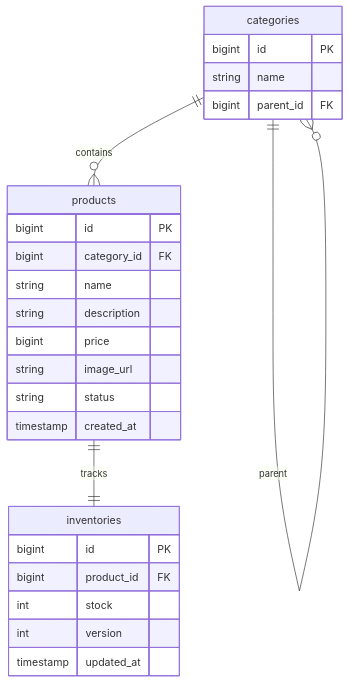
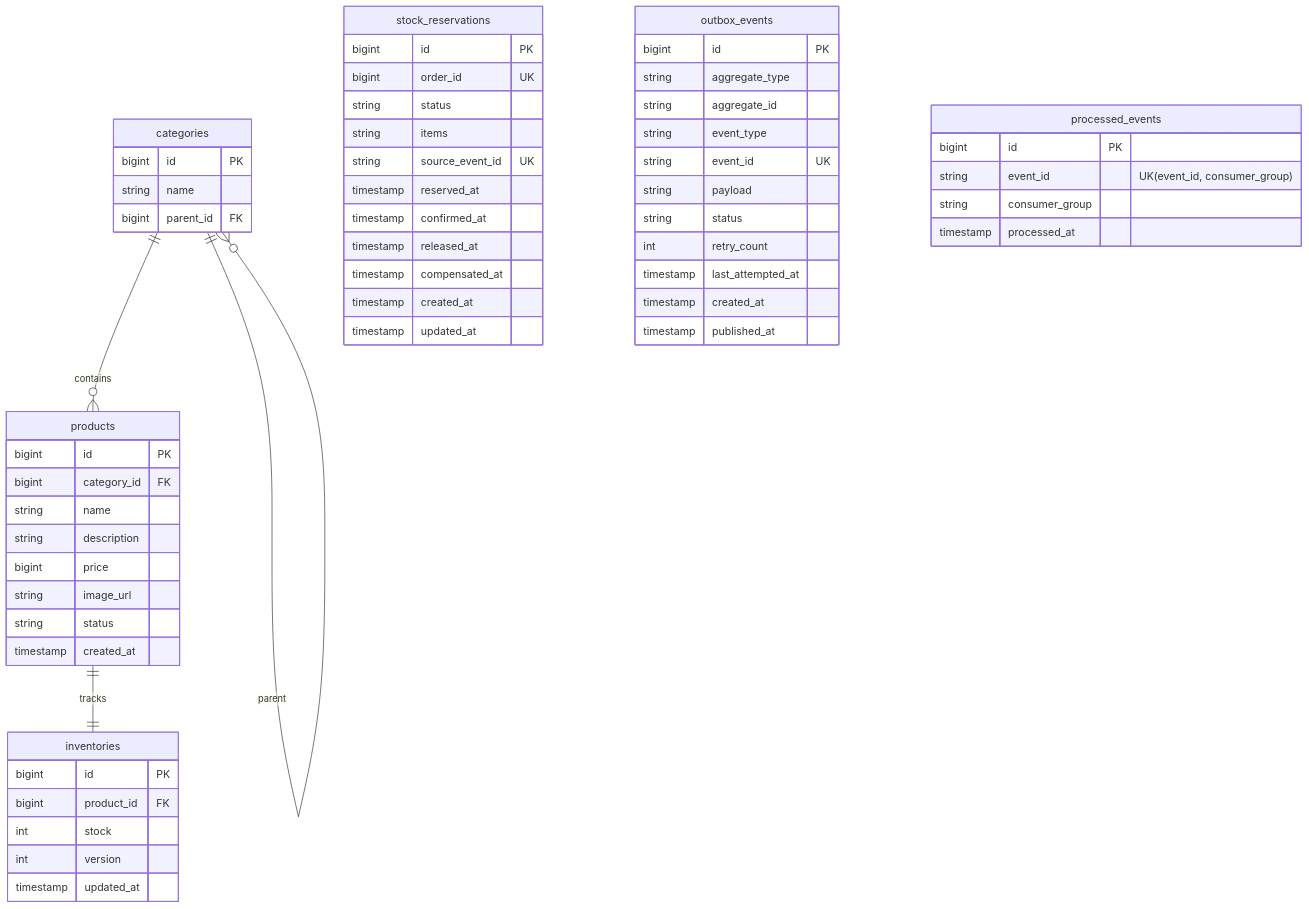
Before and after one commit to Kimgyuilli/PeekCart: the fourth of 7 diagrams in docs/05-data-design.md, drawn with Mermaid. The commit also changed other lines of this file and 3 other files, not shown here.

````diff
--- a/docs/05-data-design.md
+++ b/docs/05-data-design.md
@@ -220,28 +221,60 @@
 ```mermaid
 erDiagram
   categories {
     bigint id PK
     string name
     bigint parent_id FK
   }
   products {
     bigint id PK
     bigint category_id FK
     string name
     string description
     bigint price
     string image_url
     string status
     timestamp created_at
   }
   inventories {
     bigint id PK
     bigint product_id FK
     int stock
     int version
     timestamp updated_at
   }
+  stock_reservations {
+    bigint id PK
+    bigint order_id UK
+    string status
+    string items
+    string source_event_id UK
+    timestamp reserved_at
+    timestamp confirmed_at
+    timestamp released_at
+    timestamp compensated_at
+    timestamp created_at
+    timestamp updated_at
+  }
+  outbox_events {
+    bigint id PK
+    string aggregate_type
+    string aggregate_id
+    string event_type
+    string event_id UK
+    string payload
+    string status
+    int retry_count
+    timestamp last_attempted_at
+    timestamp created_at
+    timestamp published_at
+  }
+  processed_events {
+    bigint id PK
+    string event_id "UK(event_id, consumer_group)"
+    string consumer_group
+    timestamp processed_at
+  }
   categories ||--o{ products : contains
   categories ||--o{ categories : parent
   products ||--|| inventories : tracks
 ```
````
